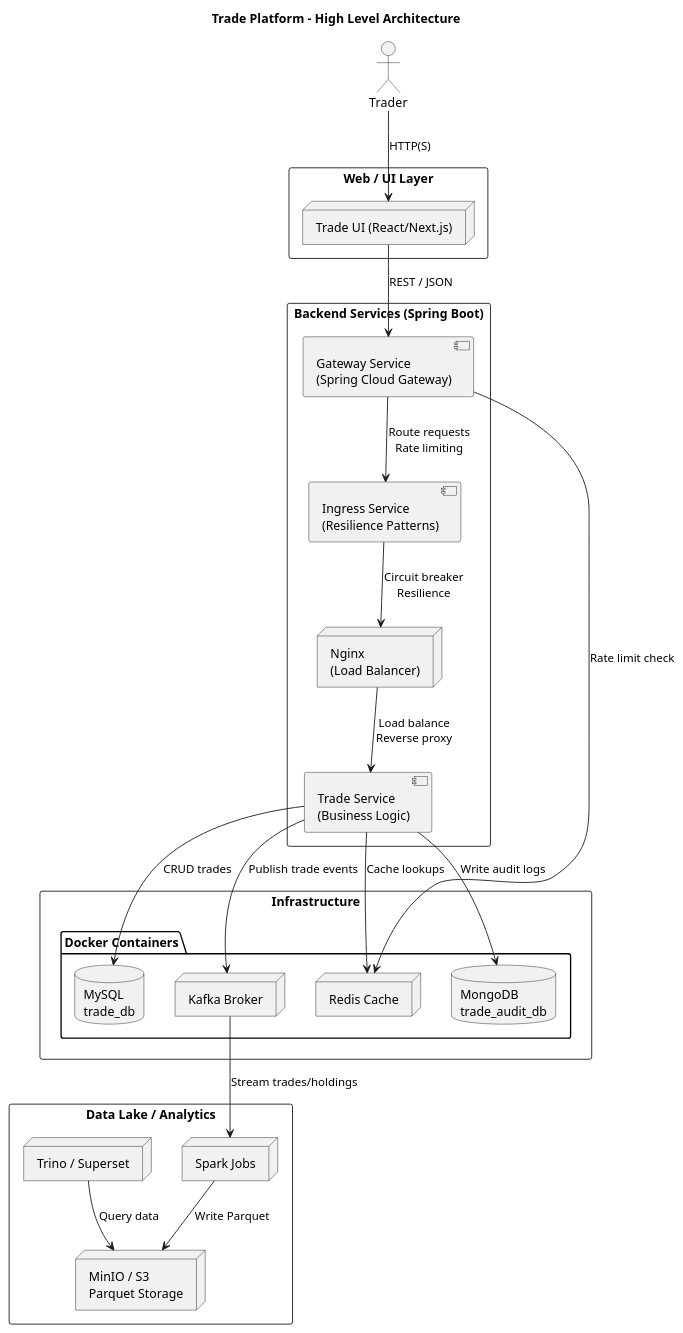
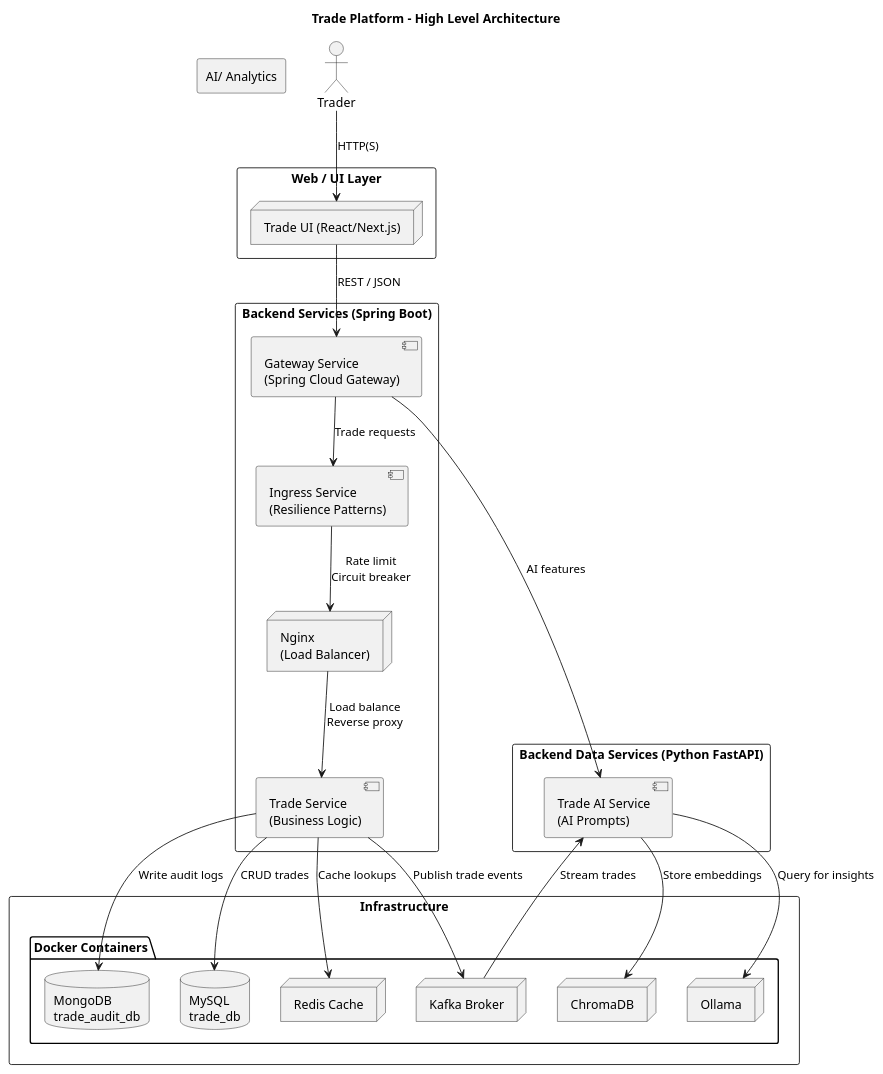
The diagram in backend/diagrams/architecture-diagram.puml (mukizonese/trade-platform), drawn with PlantUML before and after one commit. The commit also changed 28 other files, not shown here.

Commit message:
PlantUML updated for AI. CircuitBreaker Live Test added.

```diff
--- a/backend/diagrams/architecture-diagram.puml
+++ b/backend/diagrams/architecture-diagram.puml
@@ -1,39 +1,43 @@
 @startuml
 title Trade Platform - High Level Architecture
 actor Trader
 rectangle "Web / UI Layer" {
   node "Trade UI (React/Next.js)" as UI
 }
 rectangle "Backend Services (Spring Boot)" {
   component "Gateway Service\n(Spring Cloud Gateway)" as GatewaySvc
   component "Ingress Service\n(Resilience Patterns)" as IngressSvc
   node "Nginx\n(Load Balancer)" as Nginx
   component "Trade Service\n(Business Logic)" as TradeSvc
 }
 rectangle "Infrastructure" {
   package "Docker Containers" {
     database "MySQL\ntrade_db" as MySQL
     node "Redis Cache" as Redis
     node "Kafka Broker" as Kafka
     database "MongoDB\ntrade_audit_db" as Mongo
+    node "Ollama" as LLM
+    node "ChromaDB" as VecotorDB
   }
 }
-rectangle "Data Lake / Analytics" {
-  node "Spark Jobs" as Spark
-  node "MinIO / S3\nParquet Storage" as Minio
-  node "Trino / Superset" as Trino
+rectangle "AI/ Analytics" {
+  node "ChromaDB" as VecotorDB
+  node "Ollama" as LLM
+}
+rectangle "Backend Data Services (Python FastAPI)" {
+  component "Trade AI Service\n(AI Prompts)" as TradeAiSvc
 }
 Trader --> UI: HTTP(S)
 UI --> GatewaySvc: REST / JSON
-GatewaySvc --> IngressSvc: Route requests\nRate limiting
-IngressSvc --> Nginx: Circuit breaker\nResilience
+GatewaySvc --> IngressSvc: Trade requests
+GatewaySvc --> TradeAiSvc: AI features
+IngressSvc --> Nginx: Rate limit\nCircuit breaker
 Nginx --> TradeSvc: Load balance\nReverse proxy
 TradeSvc --> MySQL : CRUD trades
 TradeSvc --> Redis : Cache lookups
 TradeSvc --> Kafka : Publish trade events
 TradeSvc --> Mongo : Write audit logs
-GatewaySvc --> Redis : Rate limit check
-Kafka --> Spark : Stream trades/holdings
-Spark --> Minio : Write Parquet
-Trino --> Minio : Query data
+Kafka --> TradeAiSvc : Stream trades
+TradeAiSvc --> VecotorDB : Store embeddings
+TradeAiSvc --> LLM : Query for insights
 @enduml
```
